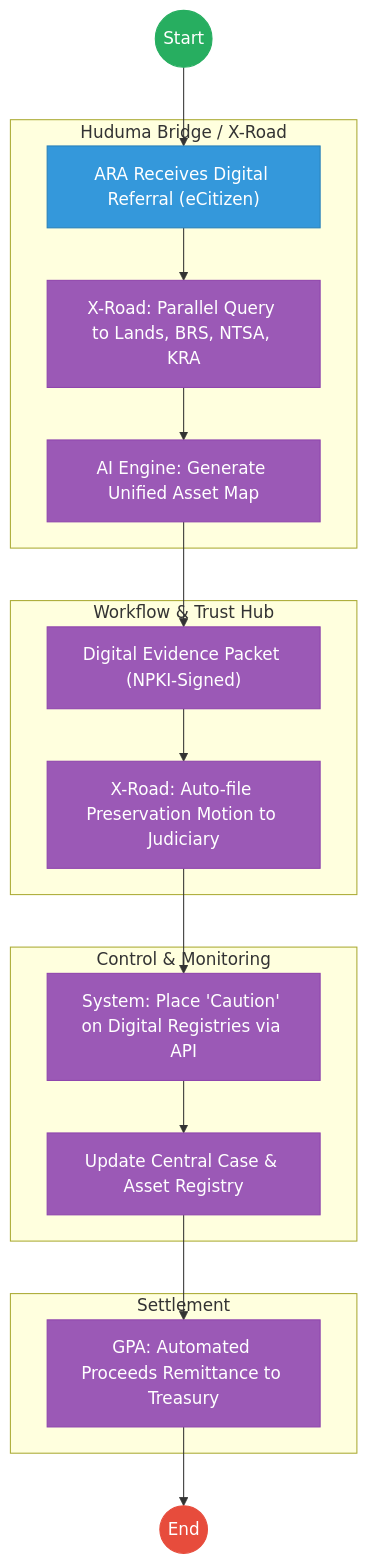
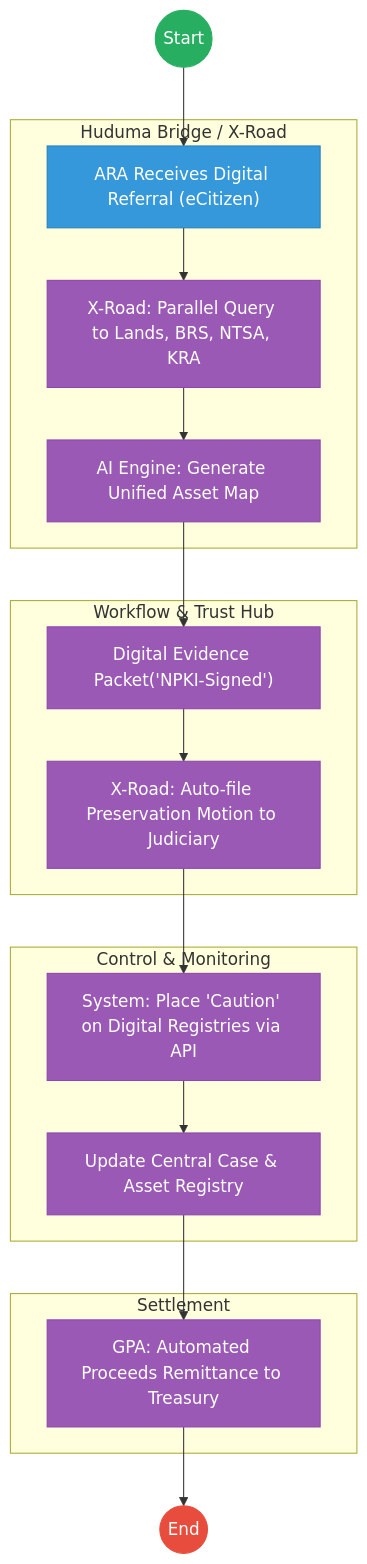
The second of 2 diagrams in mdas/docs_final/priority_mdas/Assets_Recovery_Agency___Service_Delivery.md (BITZ-IT-Consulting-LTD/ictapoc), drawn with Mermaid before and after one commit. The commit also changed other lines of this file and 33 other files, not shown here.

````diff
--- a/mdas/docs_final/priority_mdas/Assets_Recovery_Agency___Service_Delivery.md
+++ b/mdas/docs_final/priority_mdas/Assets_Recovery_Agency___Service_Delivery.md
@@ -107,34 +107,34 @@
 ```mermaid
 graph TD
     Start((Start)) --> Referral["ARA Receives Digital Referral (eCitizen)"]
     
-    subgraph Layer3 [Huduma Bridge / X-Road]
+    subgraph Layer3["Huduma Bridge / X-Road"]
         Referral --> Trace["X-Road: Parallel Query to Lands, BRS, NTSA, KRA"]
         Trace --> Map["AI Engine: Generate Unified Asset Map"]
     end
     
-    subgraph Layer2 [Workflow & Trust Hub]
-        Map --> Evidence["Digital Evidence Packet (NPKI-Signed)"]
+    subgraph Layer2["Workflow & Trust Hub"]
+        Map --> Evidence["Digital Evidence Packet('NPKI-Signed')"]
         Evidence --> Judicial_API["X-Road: Auto-file Preservation Motion to Judiciary"]
     end
     
-    subgraph Layer4 [Control & Monitoring]
+    subgraph Layer4["Control & Monitoring"]
         Judicial_API --> Freeze["System: Place 'Caution' on Digital Registries via API"]
         Freeze --> Registry["Update Central Case & Asset Registry"]
     end
     
     subgraph Settlement [Settlement]
         Registry --> Liquidate["GPA: Automated Proceeds Remittance to Treasury"]
     end
     
     Liquidate --> End((End))
 
     classDef start fill:#27ae60,stroke:#27ae60,color:#fff;
     classDef endNode fill:#e74c3c,stroke:#e74c3c,color:#fff;
     classDef userTask fill:#3498db,stroke:#2980b9,color:#fff;
     classDef serviceTask fill:#9b59b6,stroke:#8e44ad,color:#fff;
     class Start start;
     class End endNode;
     class Referral userTask;
     class Trace,Map,Evidence,Judicial_API,Freeze,Registry,Liquidate serviceTask;
 ```
````
